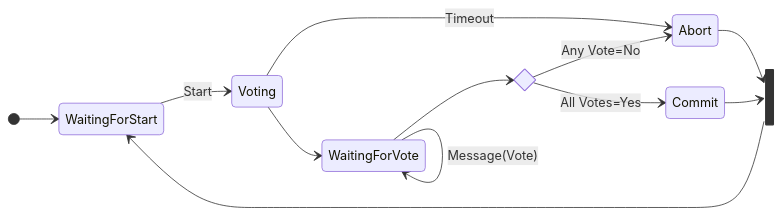
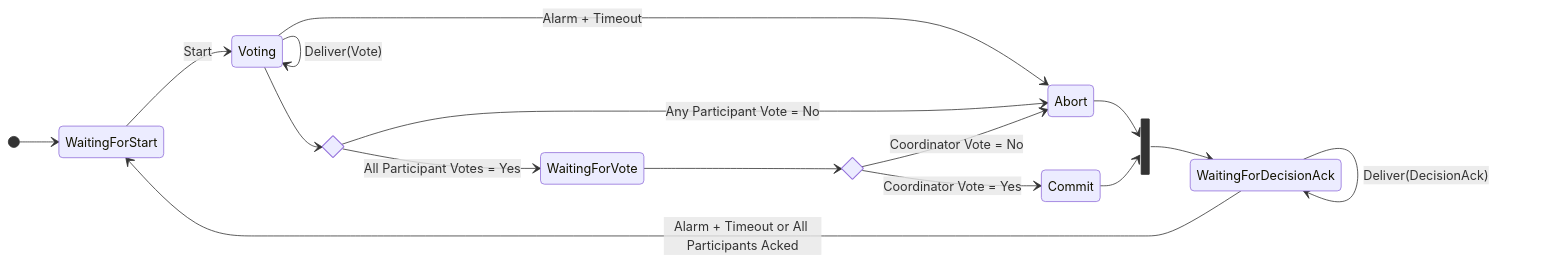
One commit to augrim/augrim-docs changed the first of 5 diagrams in docs/0.1/algorithms/2pc.md. Above: the diagram before and after it, drawn with Mermaid. The commit also changed other lines of this file, not shown here.

Commit message:
Update state diagrams to reflect DecisionAck addition
This adds information relevant to the addition of DecisionAck to both
the coordinator and participant state diagrams.

Also makes various other minor changes to better reflect the alogrithm
flow clearly.

```diff
--- a/docs/0.1/algorithms/2pc.md
+++ b/docs/0.1/algorithms/2pc.md
@@ -74,17 +74,23 @@
 <div class="mermaid">
 stateDiagram-v2
     direction LR
     [*] --> WaitingForStart
     WaitingForStart --> Voting: Start
-    Voting --> WaitingForVote
-    Voting --> Abort: Timeout
-    WaitingForVote --> WaitingForVote: Message(Vote)
+    Voting --> Abort: Alarm + Timeout
+    Voting --> Voting: Deliver(Vote)
     state decision &lt;&lt;choice&gt;&gt;
-    WaitingForVote --> decision
-    decision --> Abort: Any Vote=No
-    decision --> Commit: All Votes=Yes
-    state join_start &lt;&lt;join&gt;&gt;
-    Abort --> join_start
-    Commit --> join_start
-    join_start --> WaitingForStart
+    Voting --> decision
+    decision --> Abort: Any Participant Vote = No
+    decision --> WaitingForVote: All Participant Votes = Yes
+    state decision2 &lt;&lt;choice&gt;&gt;
+    WaitingForVote --> decision2
+    decision2 --> Abort: Coordinator Vote = No
+    decision2 --> Commit: Coordinator Vote = Yes
+    state join_ack &lt;&lt;join&gt;&gt;
+    Abort --> join_ack
+    Commit --> join_ack
+    state "WaitingForDecisionAck" as wfda
+    join_ack --> wfda
+    wfda --> wfda: Deliver(DecisionAck)
+    wfda --> WaitingForStart: Alarm + Timeout or All Participants Acked
 </div>
```
